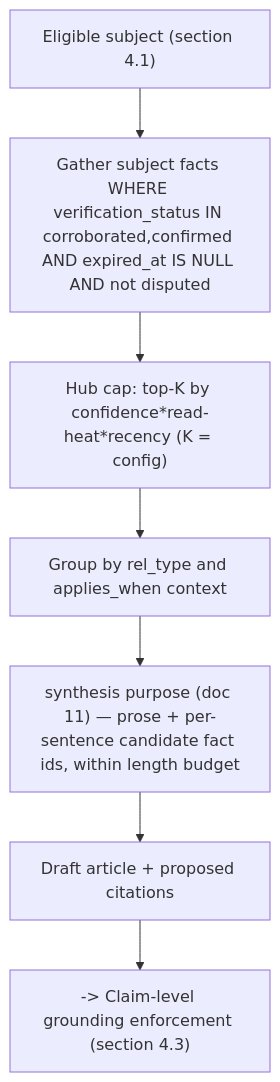
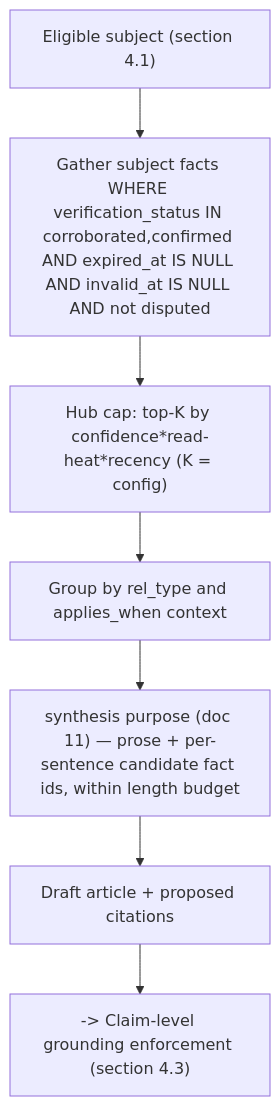
One commit to darkraise/darkmem changed the sixth of 10 diagrams in docs/design/09-knowledge-organization.md. Above: the diagram before and after it, drawn with Mermaid. The commit also changed other lines of this file and 7 other files, not shown here.

````diff
--- a/docs/design/09-knowledge-organization.md
+++ b/docs/design/09-knowledge-organization.md
@@ -214,12 +214,12 @@
 ```mermaid
 flowchart TD
     Subject["Eligible subject (section 4.1)"]
-    Gather["Gather subject facts WHERE verification_status IN corroborated,confirmed AND expired_at IS NULL AND not disputed"]
+    Gather["Gather subject facts WHERE verification_status IN corroborated,confirmed AND expired_at IS NULL AND invalid_at IS NULL AND not disputed"]
     Cap["Hub cap: top-K by confidence*read-heat*recency (K = config)"]
     Ctx["Group by rel_type and applies_when context"]
     Call["synthesis purpose (doc 11) — prose + per-sentence candidate fact ids, within length budget"]
     Draft["Draft article + proposed citations"]
     Enforce["-> Claim-level grounding enforcement (section 4.3)"]
 
     Subject --> Gather --> Cap --> Ctx --> Call --> Draft --> Enforce
 ```
````
